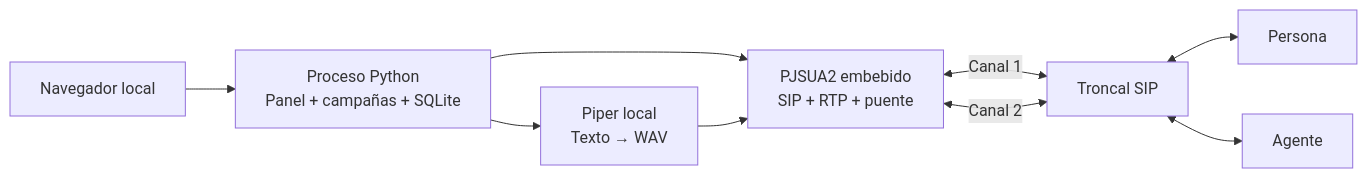
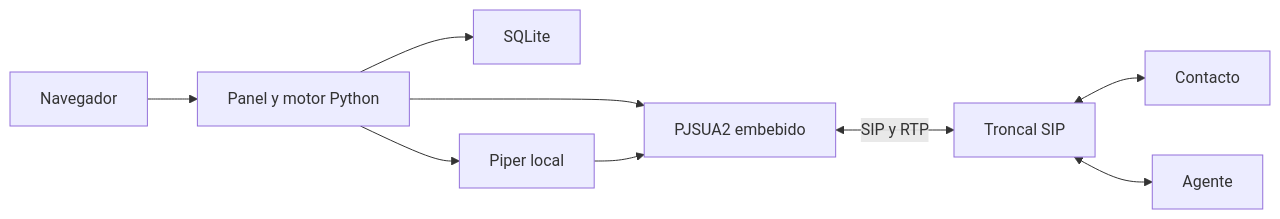
Before and after one commit to ismaelbojorquez/PythonTTSBlaster: the diagram in README.md, drawn with Mermaid. The commit also changed other lines of this file and 17 other files, not shown here.

````diff
--- a/README.md
+++ b/README.md
@@ -45,11 +38,11 @@
 ```mermaid
 flowchart LR
-    UI["Navegador local"] --> APP["Proceso Python\nPanel + campañas + SQLite"]
-    APP --> TTS["Piper local\nTexto → WAV"]
-    APP --> SIP["PJSUA2 embebido\nSIP + RTP + puente"]
+    Browser[Navegador] --> App[Panel y motor Python]
+    App --> DB[SQLite]
+    App --> TTS[Piper local]
+    App --> SIP[PJSUA2 embebido]
     TTS --> SIP
-    SIP <-->|"Canal 1"| TRUNK["Troncal SIP"]
-    SIP <-->|"Canal 2"| TRUNK
-    TRUNK <--> PERSON["Persona"]
-    TRUNK <--> AGENT["Agente"]
+    SIP <-->|SIP y RTP| Trunk[Troncal SIP]
+    Trunk <--> Customer[Contacto]
+    Trunk <--> Agent[Agente]
 ```
````
